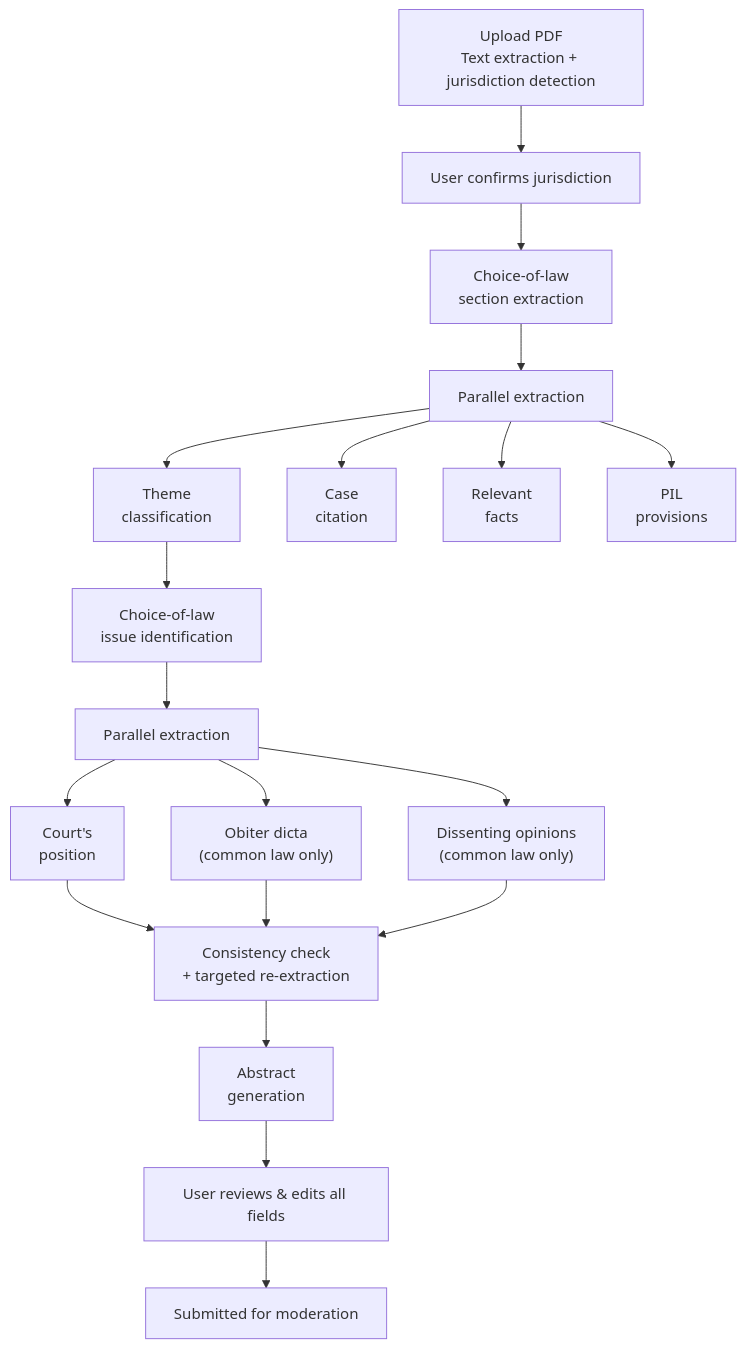
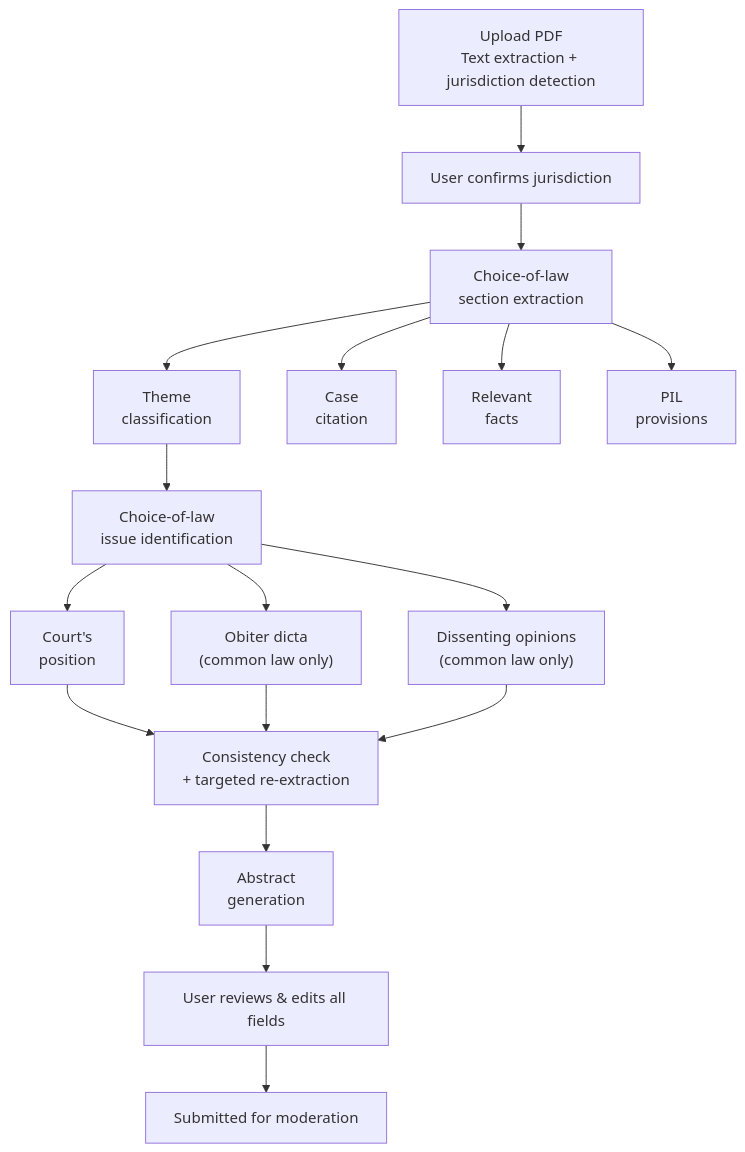
One commit to Choice-of-Law-Dataverse/cold-web-app changed the second of 2 diagrams in README.md. Above: the diagram before and after it, drawn with Mermaid. The commit also changed other lines of this file, not shown here.

Commit message:
docs(readme): reorder sections and simplify Mermaid diagrams

````diff
--- a/README.md
+++ b/README.md
@@ -19,28 +91,24 @@
 ```mermaid
 flowchart TD
     Upload["Upload PDF\nText extraction + jurisdiction detection"] --> Confirm["User confirms jurisdiction"]
     Confirm --> CoL["Choice-of-law\nsection extraction"]
 
-    CoL --> P1["Parallel extraction"]
-
-    P1 --> Themes["Theme\nclassification"]
-    P1 --> Citation["Case\ncitation"]
-    P1 --> Facts["Relevant\nfacts"]
-    P1 --> PIL["PIL\nprovisions"]
+    CoL --> Themes["Theme\nclassification"]
+    CoL --> Citation["Case\ncitation"]
+    CoL --> Facts["Relevant\nfacts"]
+    CoL --> PIL["PIL\nprovisions"]
 
     Themes --> Issue["Choice-of-law\nissue identification"]
 
-    Issue --> P2["Parallel extraction"]
-
-    P2 --> Position["Court's\nposition"]
-    P2 --> Obiter["Obiter dicta\n(common law only)"]
-    P2 --> Dissent["Dissenting opinions\n(common law only)"]
+    Issue --> Position["Court's\nposition"]
+    Issue --> Obiter["Obiter dicta\n(common law only)"]
+    Issue --> Dissent["Dissenting opinions\n(common law only)"]
 
     Position --> QA["Consistency check\n+ targeted re-extraction"]
     Obiter --> QA
     Dissent --> QA
 
     QA --> Abstract["Abstract\ngeneration"]
     Abstract --> Review["User reviews & edits all fields"]
     Review --> Submit["Submitted for moderation"]
 ```
````
